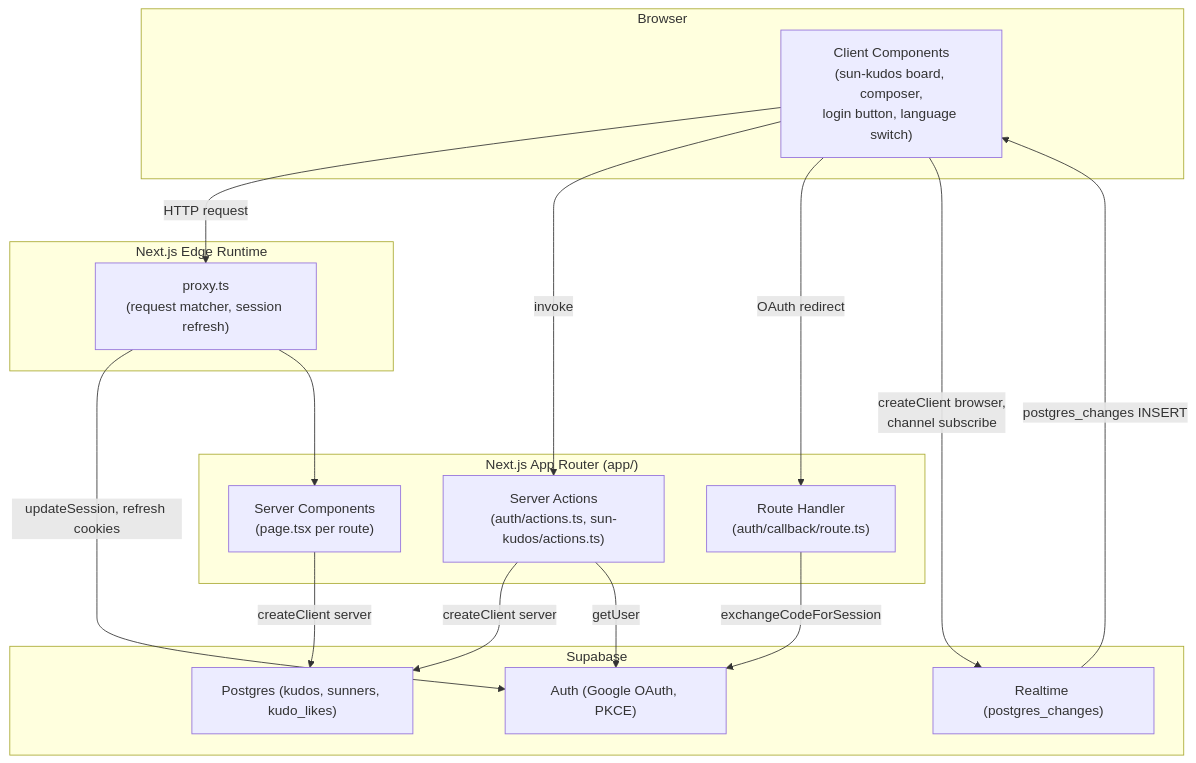
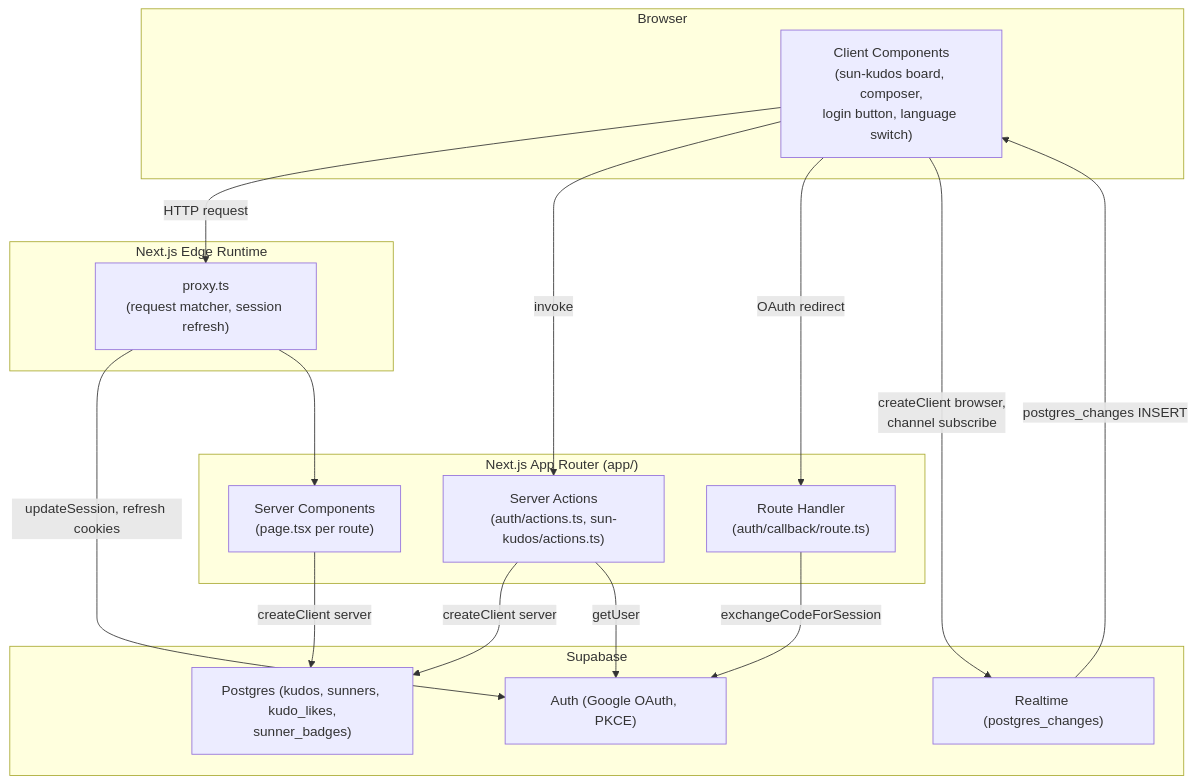
Before and after one commit to huylm-2378/aidd-ssa-2026: the first of 7 diagrams in docs/system/architecture.md, drawn with Mermaid. The commit also changed other lines of this file and 12 other files, not shown here.

````diff
--- a/docs/system/architecture.md
+++ b/docs/system/architecture.md
@@ -12,31 +12,31 @@
 ```mermaid
 graph TB
     subgraph Client["Browser"]
         Browser["Client Components<br/>(sun-kudos board, composer,<br/>login button, language switch)"]
     end
     subgraph Edge["Next.js Edge Runtime"]
         Proxy["proxy.ts<br/>(request matcher, session refresh)"]
     end
     subgraph App["Next.js App Router (app/)"]
         RSC["Server Components<br/>(page.tsx per route)"]
         Actions["Server Actions<br/>(auth/actions.ts, sun-kudos/actions.ts)"]
         RouteHandler["Route Handler<br/>(auth/callback/route.ts)"]
     end
     subgraph Backend["Supabase"]
         Auth["Auth (Google OAuth, PKCE)"]
-        DB["Postgres (kudos, sunners, kudo_likes)"]
+        DB["Postgres (kudos, sunners, kudo_likes,<br/>sunner_badges)"]
         Realtime["Realtime (postgres_changes)"]
     end
 
     Browser -->|HTTP request| Proxy
     Proxy -->|updateSession, refresh cookies| Auth
     Proxy --> RSC
     Browser -->|invoke| Actions
     Browser -->|OAuth redirect| RouteHandler
     RSC -->|createClient server| DB
     Actions -->|createClient server| DB
     Actions -->|getUser| Auth
     RouteHandler -->|exchangeCodeForSession| Auth
     Browser -->|createClient browser,<br/>channel subscribe| Realtime
     Realtime -->|postgres_changes INSERT| Browser
 ```
````
